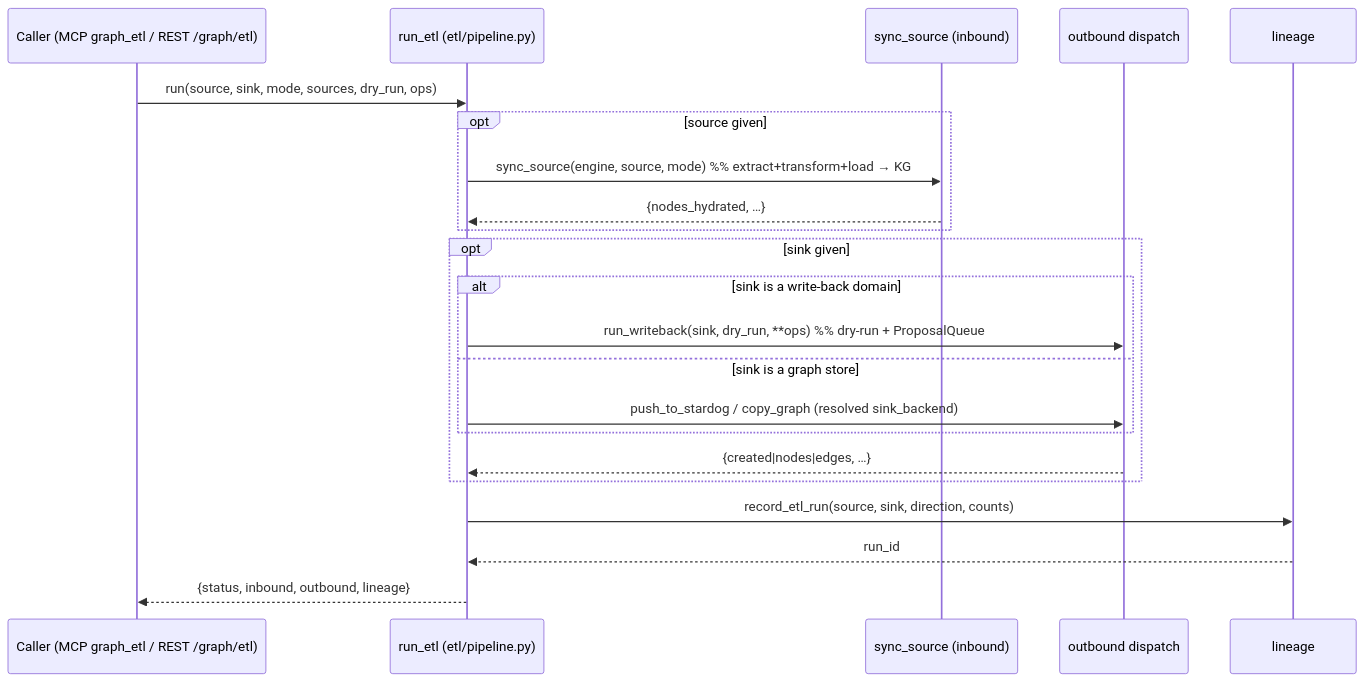
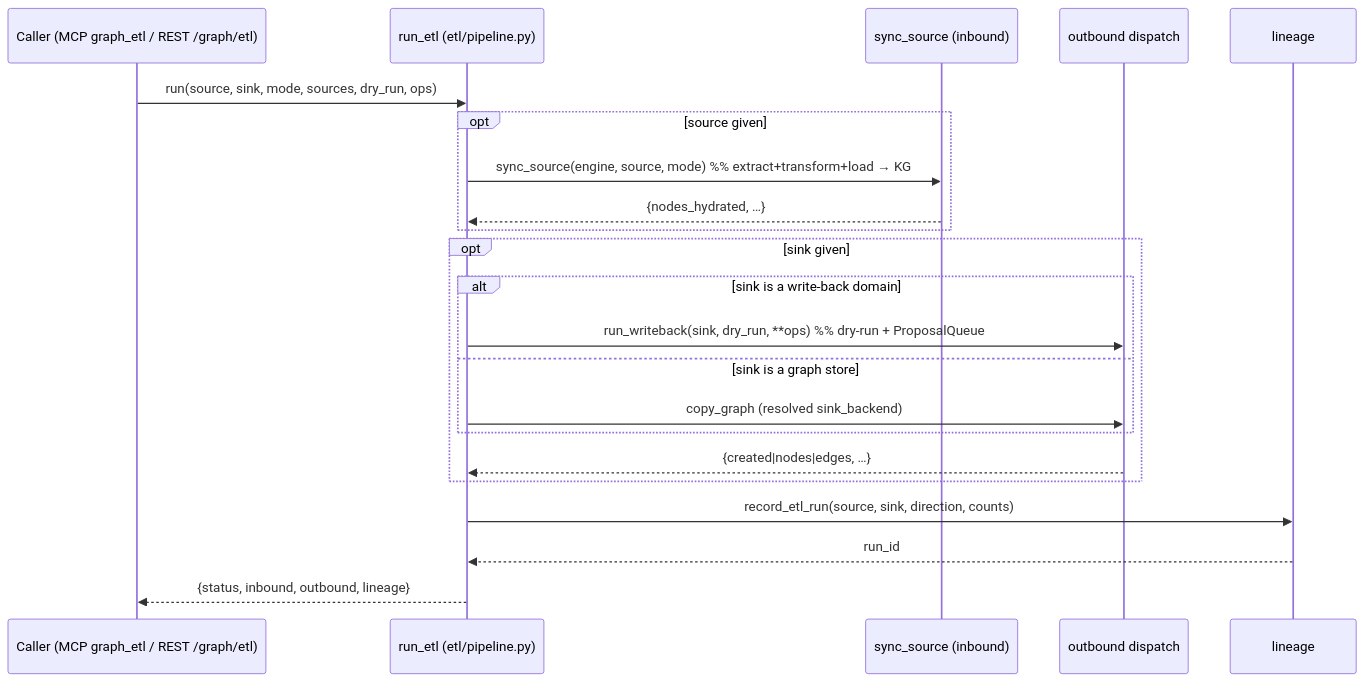
Before and after one commit to Knuckles-Team/agent-utilities: the second of 2 diagrams in docs/architecture/kg_etl_hub.md, drawn with Mermaid. The commit also changed other lines of this file and 50 other files, not shown here.

````diff
--- a/docs/architecture/kg_etl_hub.md
+++ b/docs/architecture/kg_etl_hub.md
@@ -105,25 +73,25 @@
 ```mermaid
 sequenceDiagram
     participant C as Caller (MCP graph_etl / REST /graph/etl)
     participant P as run_etl (etl/pipeline.py)
     participant S as sync_source (inbound)
     participant O as outbound dispatch
     participant L as lineage
 
     C->>P: run(source, sink, mode, sources, dry_run, ops)
     opt source given
         P->>S: sync_source(engine, source, mode)  %% extract+transform+load → KG
         S-->>P: {nodes_hydrated, …}
     end
     opt sink given
         alt sink is a write-back domain
             P->>O: run_writeback(sink, dry_run, **ops)  %% dry-run + ProposalQueue
         else sink is a graph store
-            P->>O: push_to_stardog / copy_graph (resolved sink_backend)
+            P->>O: copy_graph (resolved sink_backend)
         end
         O-->>P: {created|nodes|edges, …}
     end
     P->>L: record_etl_run(source, sink, direction, counts)
     L-->>P: run_id
     P-->>C: {status, inbound, outbound, lineage}
 ```
````
